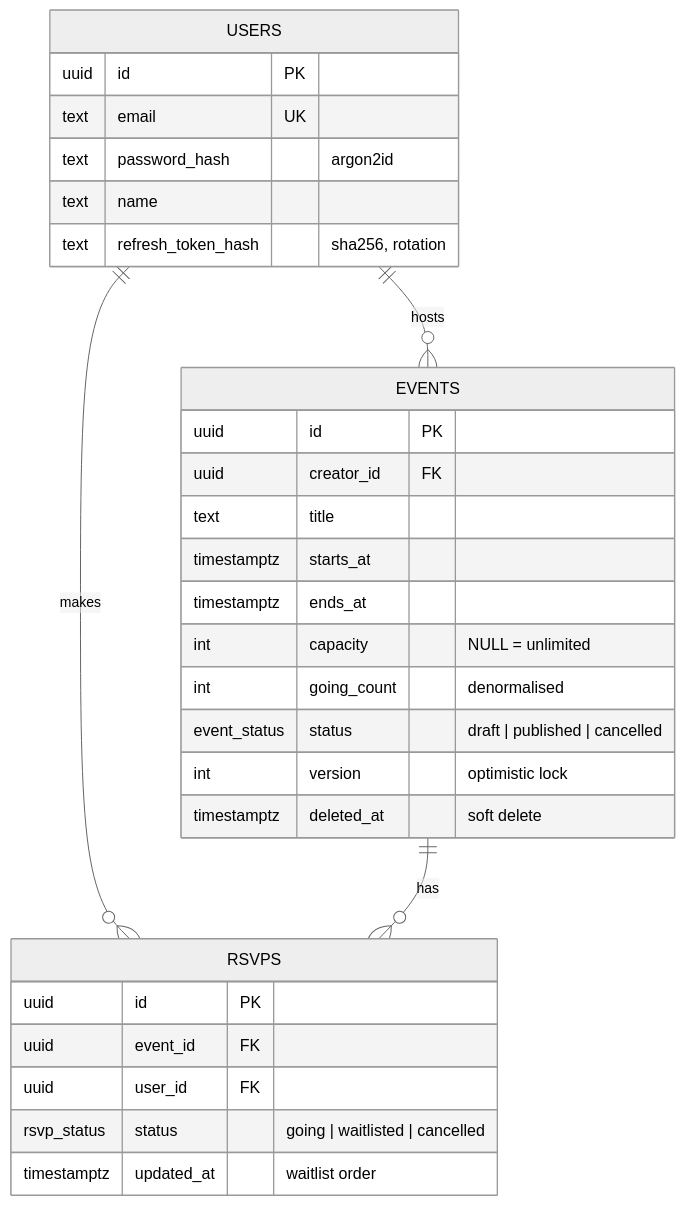
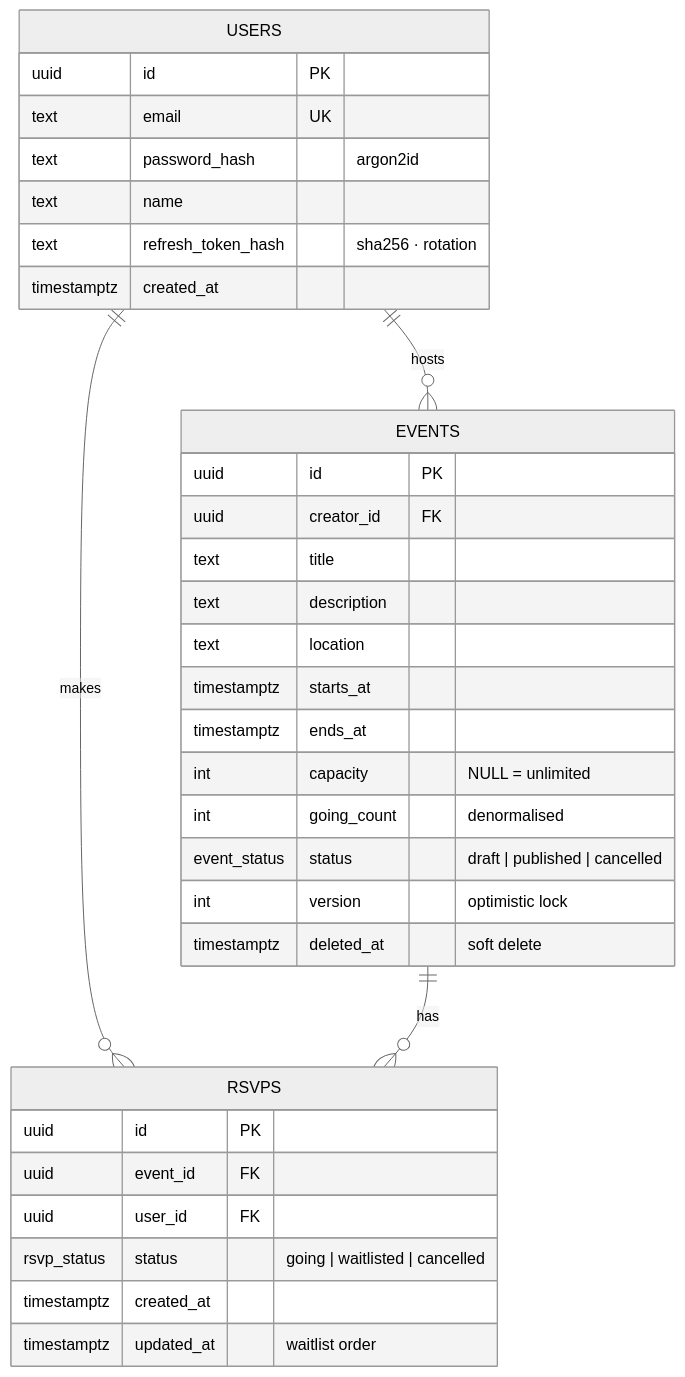
Before and after one commit to Harshit-Makraria/rescue-rituals: the second of 3 diagrams in README.md, drawn with Mermaid (neutral theme). The commit also changed other lines of this file and 8 other files, not shown here.

````diff
--- a/README.md
+++ b/README.md
@@ -35,32 +121,36 @@
 ```mermaid
 erDiagram
   USERS ||--o{ EVENTS : hosts
   USERS ||--o{ RSVPS : makes
   EVENTS ||--o{ RSVPS : has
   USERS {
     uuid id PK
     text email UK
     text password_hash "argon2id"
     text name
-    text refresh_token_hash "sha256, rotation"
+    text refresh_token_hash "sha256 · rotation"
+    timestamptz created_at
   }
   EVENTS {
     uuid id PK
     uuid creator_id FK
     text title
+    text description
+    text location
     timestamptz starts_at
     timestamptz ends_at
     int capacity "NULL = unlimited"
     int going_count "denormalised"
     event_status status "draft | published | cancelled"
     int version "optimistic lock"
     timestamptz deleted_at "soft delete"
   }
   RSVPS {
     uuid id PK
     uuid event_id FK
     uuid user_id FK
     rsvp_status status "going | waitlisted | cancelled"
+    timestamptz created_at
     timestamptz updated_at "waitlist order"
   }
 ```
````
